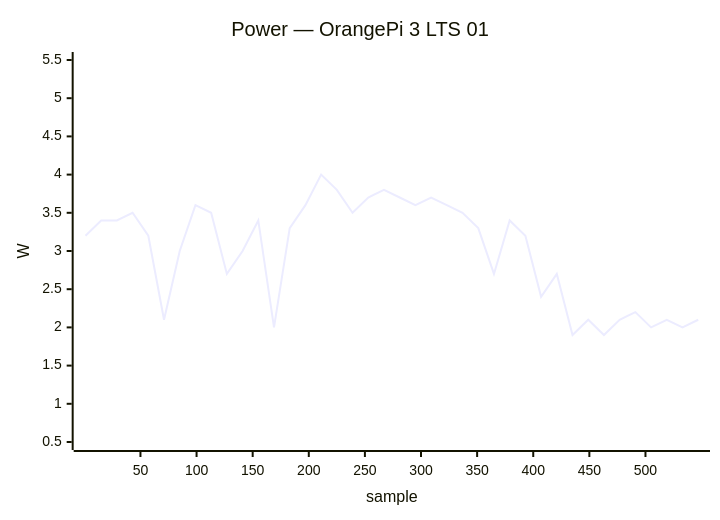
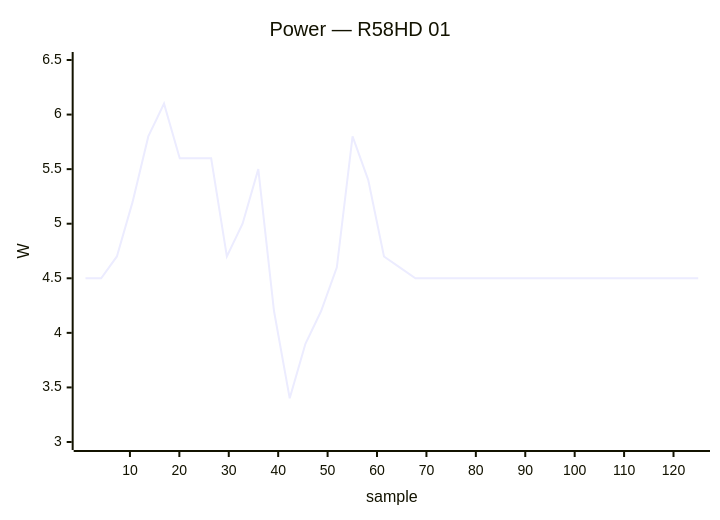
The fifth of 50 diagrams in docs/status/board-tests.md (armbian/documentation), drawn with Mermaid before and after one commit. The commit also changed other lines of this file, not shown here.

````diff
--- a/docs/status/board-tests.md
+++ b/docs/status/board-tests.md
@@ -250,7 +311,7 @@
 ```mermaid
 xychart-beta
-    title "Power — OrangePi 3 LTS 01"
-    x-axis "sample" 1 --> 547
-    y-axis "W" 0.5 --> 5.5
-    line [3.2, 3.4, 3.4, 3.5, 3.2, 2.1, 3.0, 3.6, 3.5, 2.7, 3.0, 3.4, 2.0, 3.3, 3.6, 4.0, 3.8, 3.5, 3.7, 3.8, 3.7, 3.6, 3.7, 3.6, 3.5, 3.3, 2.7, 3.4, 3.2, 2.4, 2.7, 1.9, 2.1, 1.9, 2.1, 2.2, 2.0, 2.1, 2.0, 2.1]
+    title "Power — R58HD 01"
+    x-axis "sample" 1 --> 125
+    y-axis "W" 3.0 --> 6.5
+    line [4.5, 4.5, 4.7, 5.2, 5.8, 6.1, 5.6, 5.6, 5.6, 4.7, 5.0, 5.5, 4.2, 3.4, 3.9, 4.2, 4.6, 5.8, 5.4, 4.7, 4.6, 4.5, 4.5, 4.5, 4.5, 4.5, 4.5, 4.5, 4.5, 4.5, 4.5, 4.5, 4.5, 4.5, 4.5, 4.5, 4.5, 4.5, 4.5, 4.5]
 ```
````
